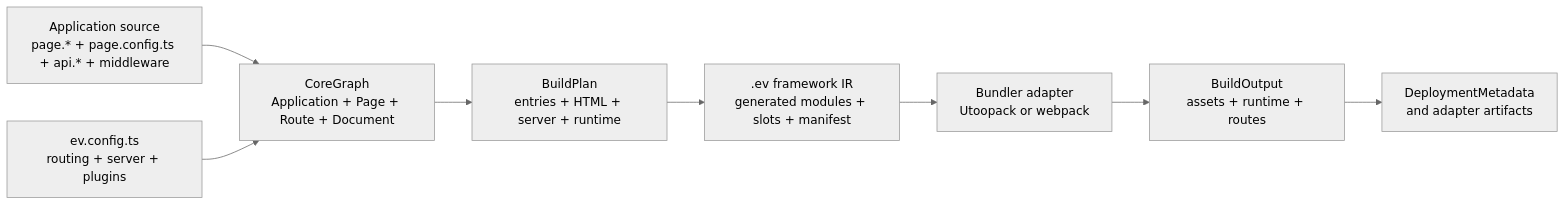
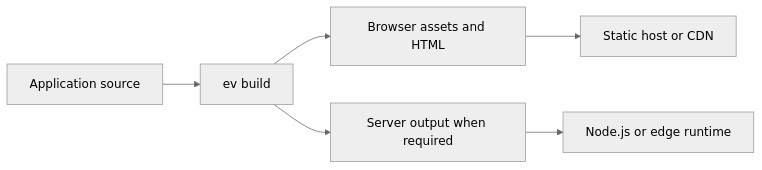
Before and after one commit to afx-team/evjs: the second of 2 diagrams in docs/docs/architecture.md, drawn with Mermaid (neutral theme). The commit also changed other lines of this file and 47 other files, not shown here.

````diff
--- a/docs/docs/architecture.md
+++ b/docs/docs/architecture.md
@@ -7,15 +156,8 @@
 ```mermaid
 flowchart LR
-  Source["Application source\npage.* + page.config.ts + api.* + middleware"]
-  Config["ev.config.ts\nrouting + server + plugins"]
-  Graph["CoreGraph\nApplication + Page + Route + Document"]
-  Plan["BuildPlan\nentries + HTML + server + runtime"]
-  IR[".ev framework IR\ngenerated modules + slots + manifest"]
-  Bundler["Bundler adapter\nUtoopack or webpack"]
-  Output["BuildOutput\nassets + runtime + routes"]
-  Deploy["DeploymentMetadata\nand adapter artifacts"]
-
-  Source --> Graph
-  Config --> Graph
-  Graph --> Plan --> IR --> Bundler --> Output --> Deploy
+  App["Application source"] --> Build["ev build"]
+  Build --> Client["Browser assets and HTML"]
+  Build --> Server["Server output when required"]
+  Client --> Static["Static host or CDN"]
+  Server --> Runtime["Node.js or edge runtime"]
 ```
````
